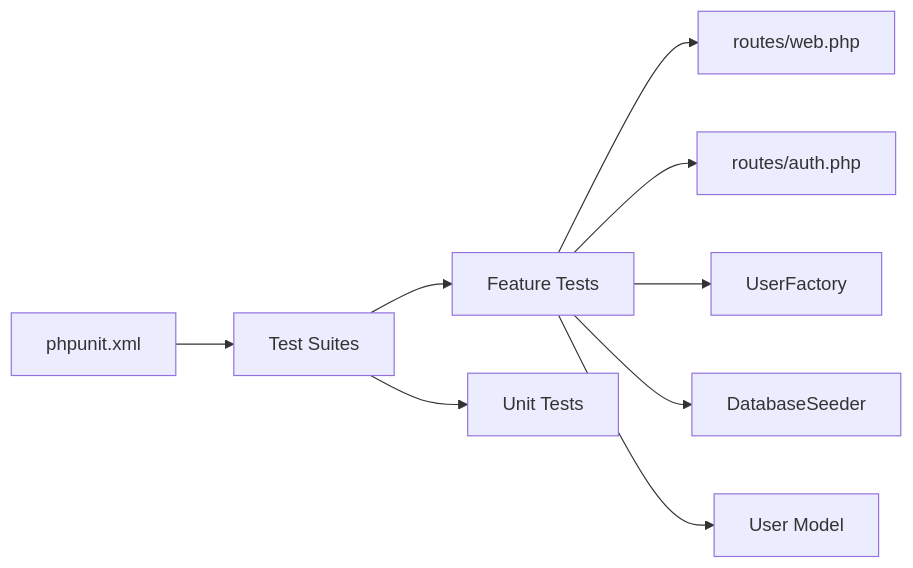
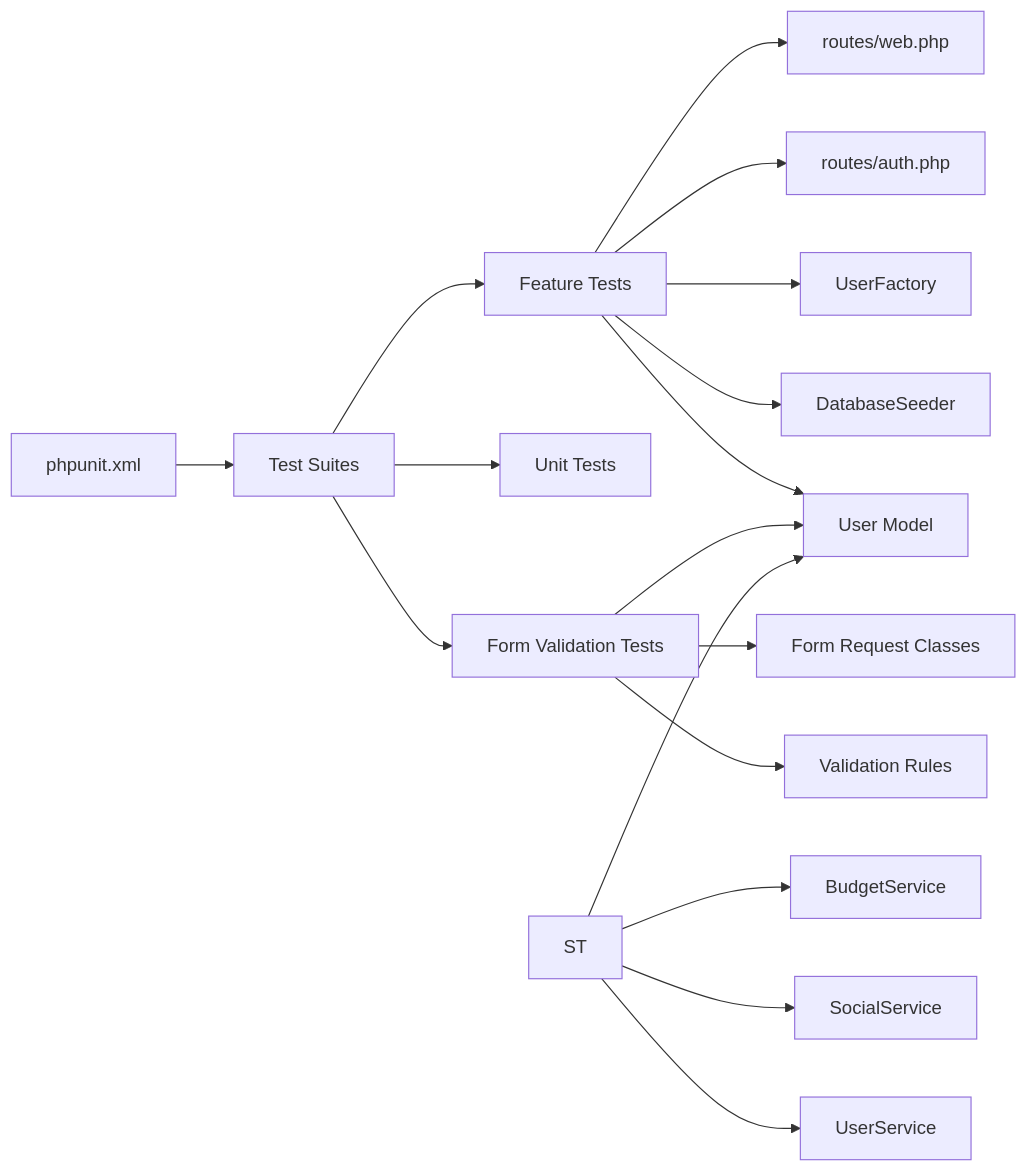
Diagram 11 of 11 in .qoder/repowiki/en/content/Testing Strategy.md (VenokM05/Travel_Project), drawn with Mermaid before and after one commit. The commit also changed other lines of this file and 12 other files, not shown here.

````diff
--- a/.qoder/repowiki/en/content/Testing Strategy.md
+++ b/.qoder/repowiki/en/content/Testing Strategy.md
@@ -317,11 +484,19 @@
 ```mermaid
 graph LR
 PU["phpunit.xml"] --> SUITE["Test Suites"]
 SUITE --> FT["Feature Tests"]
 SUITE --> UT["Unit Tests"]
+SUITE --> FVT["Form Validation Tests"]
 FT --> RW["routes/web.php"]
 FT --> RA["routes/auth.php"]
+FVT --> FR["Form Request Classes"]
+FVT --> VR["Validation Rules"]
+ST --> BS["BudgetService"]
+ST --> SS["SocialService"]
+ST --> US["UserService"]
 FT --> UF["UserFactory"]
 FT --> DS["DatabaseSeeder"]
 FT --> UM["User Model"]
+FVT --> UM
+ST --> UM
 ```
````
